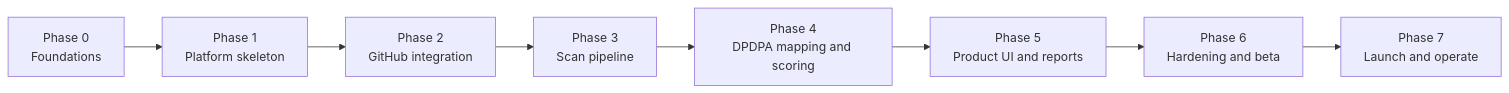
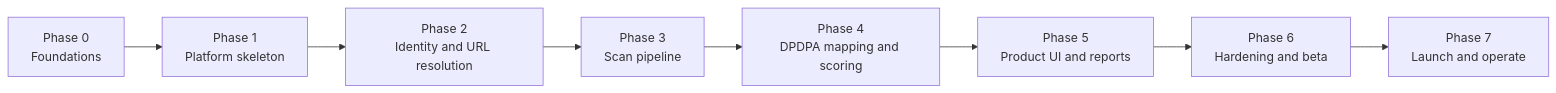
Before and after one commit to darshan192004/dpdp-auditor: the diagram in docs/tasks.md, drawn with Mermaid. The commit also changed other lines of this file and 2 other files, not shown here.

````diff
--- a/docs/tasks.md
+++ b/docs/tasks.md
@@ -47,10 +47,10 @@
 ```mermaid
 flowchart LR
   P0[Phase 0<br/>Foundations] --> P1[Phase 1<br/>Platform skeleton]
-  P1 --> P2[Phase 2<br/>GitHub integration]
+  P1 --> P2[Phase 2<br/>Identity and URL resolution]
   P2 --> P3[Phase 3<br/>Scan pipeline]
   P3 --> P4[Phase 4<br/>DPDPA mapping and scoring]
   P4 --> P5[Phase 5<br/>Product UI and reports]
   P5 --> P6[Phase 6<br/>Hardening and beta]
   P6 --> P7[Phase 7<br/>Launch and operate]
 ```
````
